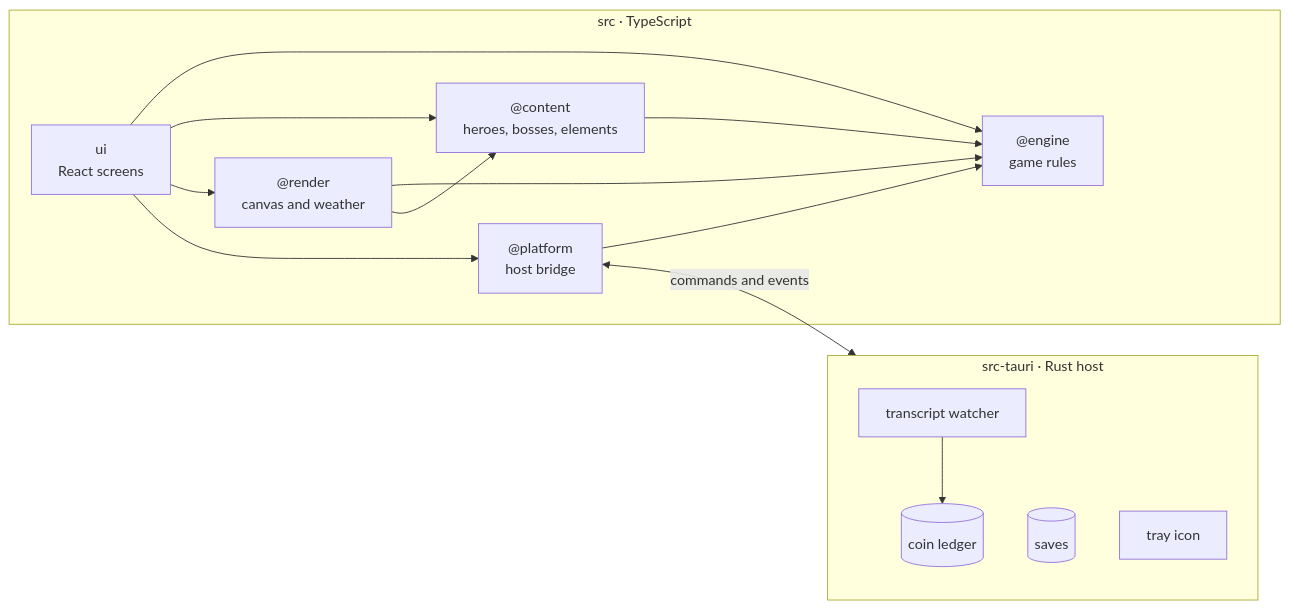
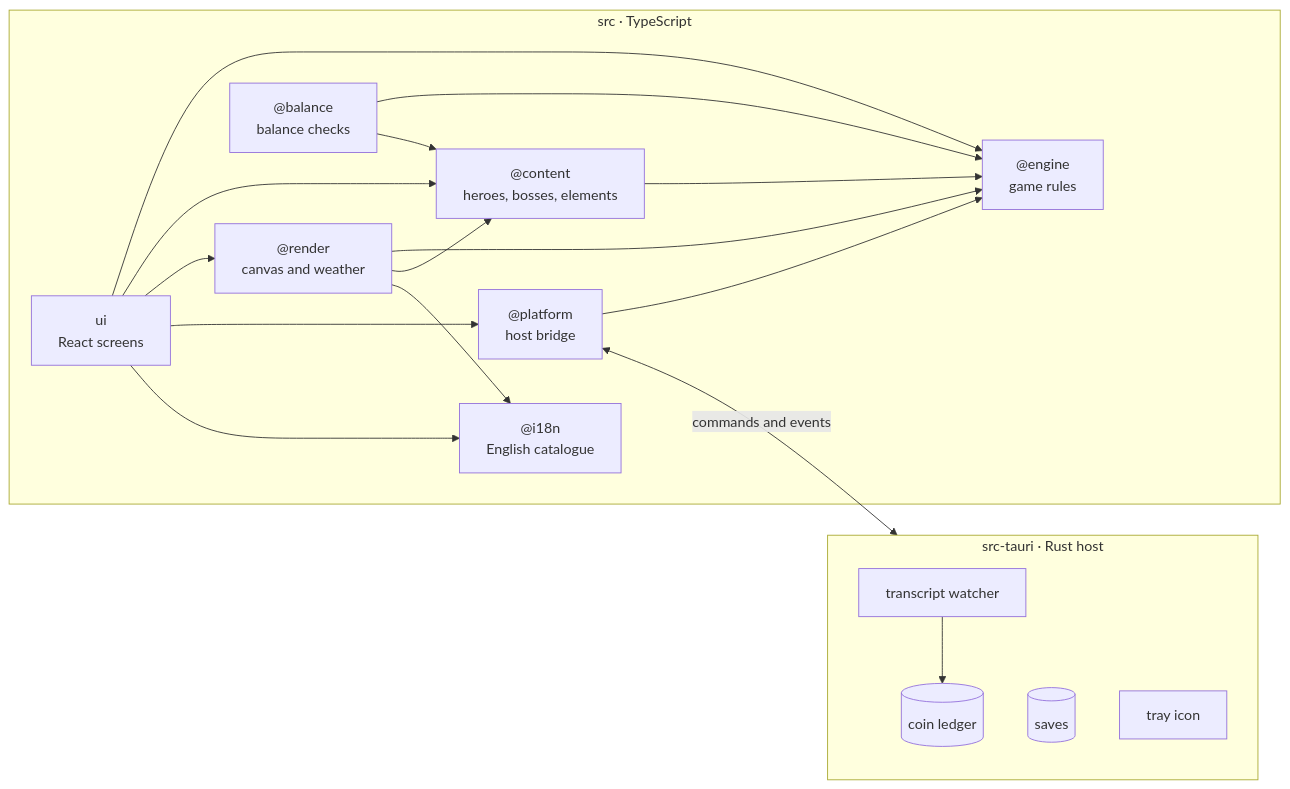
One commit to ostapondo/token-heroes changed the diagram in README.md. Above: the diagram before and after it, drawn with Mermaid. The commit also changed other lines of this file and 5 other files, not shown here.

````diff
--- a/README.md
+++ b/README.md
@@ -171,20 +212,23 @@
 ```mermaid
 flowchart LR
   subgraph host["src-tauri · Rust host"]
     watcher["transcript watcher"] --> ledger[("coin ledger")]
     saves[("saves")]
     tray["tray icon"]
   end
   subgraph web["src · TypeScript"]
     engine["@engine<br/>game rules"]
     content["@content<br/>heroes, bosses, elements"]
     render["@render<br/>canvas and weather"]
     platform["@platform<br/>host bridge"]
+    i18n["@i18n<br/>English catalogue"]
+    balance["@balance<br/>balance checks"]
     ui["ui<br/>React screens"]
     content --> engine
-    render --> engine & content
+    render --> engine & content & i18n
     platform --> engine
-    ui --> engine & content & render & platform
+    balance --> engine & content
+    ui --> engine & content & render & platform & i18n
   end
   platform <-- "commands and events" --> host
 ```
````
